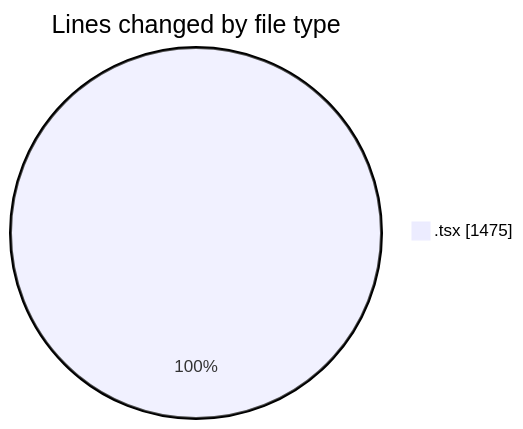
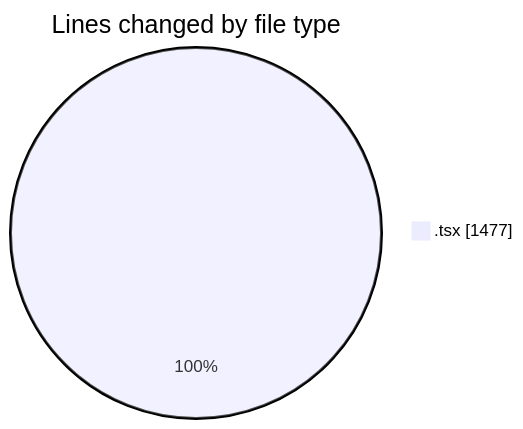
Before and after one commit to julien-gomy/code-tracking: the first of 2 diagrams in 2025-10-10/eventscop-frontend-guide__workspace_/README.md, drawn with Mermaid. The commit also changed other lines of this file and 1 other file, not shown here.

````diff
--- a/2025-10-10/eventscop-frontend-guide__workspace_/README.md
+++ b/2025-10-10/eventscop-frontend-guide__workspace_/README.md
@@ -24,5 +24,5 @@
 ```mermaid
 pie showData
 title Lines changed by file type
-".tsx" : 1475
+".tsx" : 1477
 ```
````
